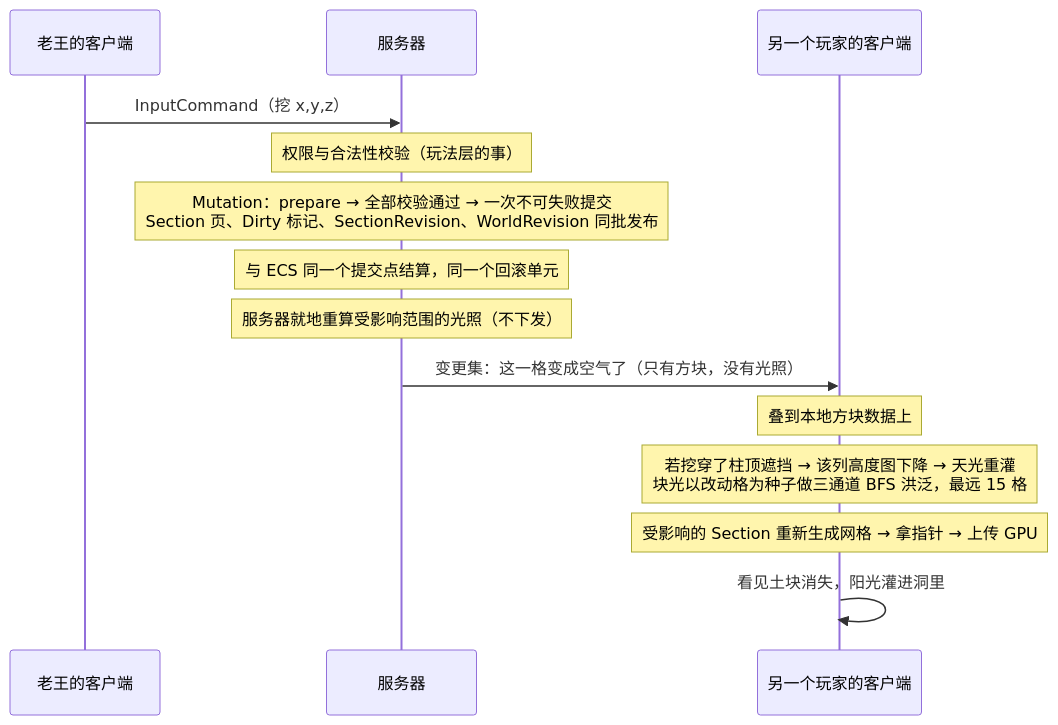
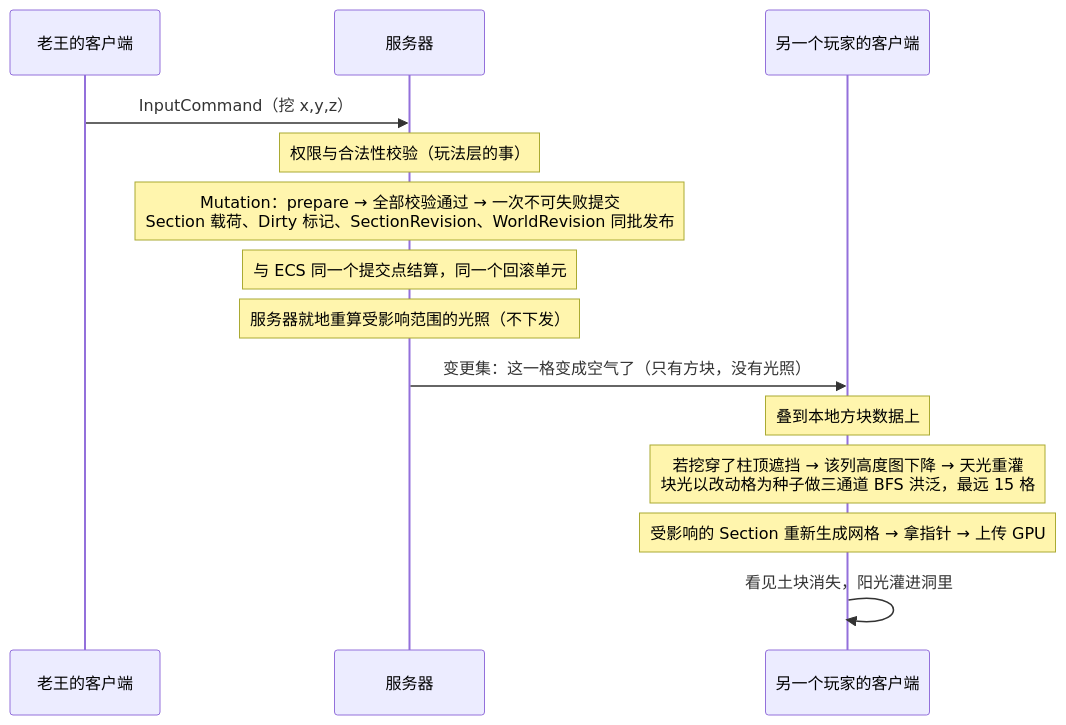
Before and after one commit to LumioGames/LumioGameEngine: the second of 3 diagrams in .spec/knowledge/features/voxel.md, drawn with Mermaid. The commit also changed other lines of this file and 2 other files, not shown here.

````diff
--- a/.spec/knowledge/features/voxel.md
+++ b/.spec/knowledge/features/voxel.md
@@ -208,16 +214,16 @@
 ```mermaid
 sequenceDiagram
   participant C as 老王的客户端
   participant S as 服务器
   participant O as 另一个玩家的客户端
   C->>S: InputCommand（挖 x,y,z）
   Note over S: 权限与合法性校验（玩法层的事）
-  Note over S: Mutation：prepare → 全部校验通过 → 一次不可失败提交<br/>Section 页、Dirty 标记、SectionRevision、WorldRevision 同批发布
+  Note over S: Mutation：prepare → 全部校验通过 → 一次不可失败提交<br/>Section 载荷、Dirty 标记、SectionRevision、WorldRevision 同批发布
   Note over S: 与 ECS 同一个提交点结算，同一个回滚单元
   Note over S: 服务器就地重算受影响范围的光照（不下发）
   S->>O: 变更集：这一格变成空气了（只有方块，没有光照）
   Note over O: 叠到本地方块数据上
   Note over O: 若挖穿了柱顶遮挡 → 该列高度图下降 → 天光重灌<br/>块光以改动格为种子做三通道 BFS 洪泛，最远 15 格
   Note over O: 受影响的 Section 重新生成网格 → 拿指针 → 上传 GPU
   O->>O: 看见土块消失，阳光灌进洞里
 ```
````
